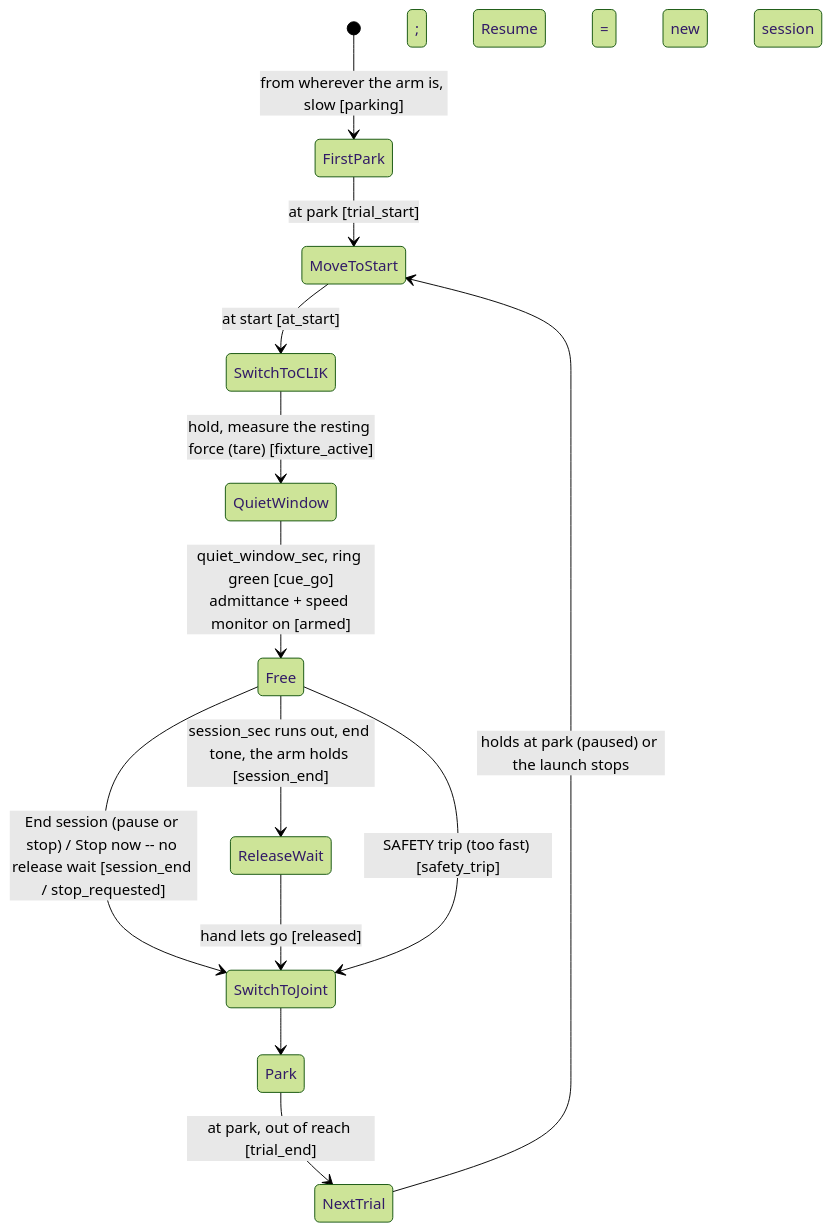
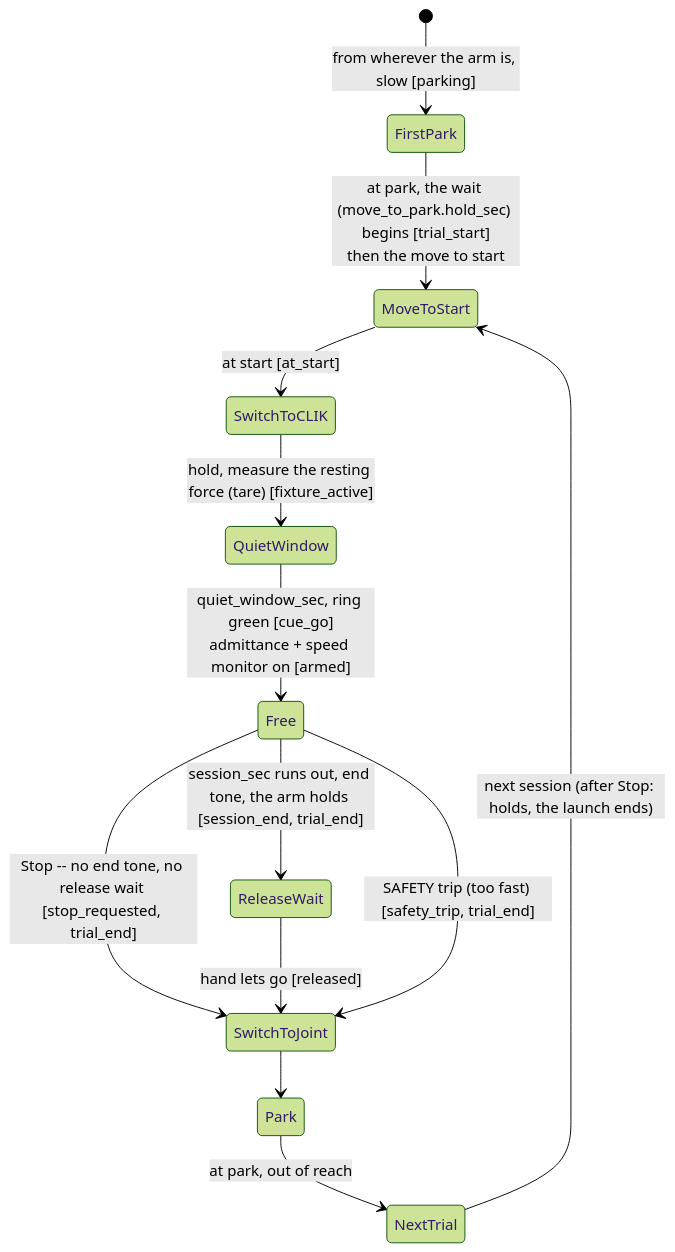
One commit to sinthlab/sinthlab-kuka-stack changed the ninth of 9 diagrams in README.md. Above: the diagram before and after it, drawn with Mermaid (forest theme). The commit also changed other lines of this file and 20 other files, not shown here.

Commit message:
change nsp sync trial start end

````diff
--- a/README.md
+++ b/README.md
@@ -2017,15 +2005,15 @@
 ```mermaid
 stateDiagram-v2
     [*] --> FirstPark : from wherever the arm is, slow [parking]
-    FirstPark --> MoveToStart : at park [trial_start]
+    FirstPark --> MoveToStart : at park, the wait (move_to_park.hold_sec) begins [trial_start]<br/>then the move to start
     MoveToStart --> SwitchToCLIK : at start [at_start]
     SwitchToCLIK --> QuietWindow : hold, measure the resting force (tare) [fixture_active]
     QuietWindow --> Free : quiet_window_sec, ring green [cue_go]<br/>admittance + speed monitor on [armed]
-    Free --> ReleaseWait : session_sec runs out, end tone, the arm holds [session_end]
-    Free --> SwitchToJoint : End session (pause or stop) / Stop now -- no release wait [session_end / stop_requested]
+    Free --> ReleaseWait : session_sec runs out, end tone, the arm holds [session_end, trial_end]
+    Free --> SwitchToJoint : Stop -- no end tone, no release wait [stop_requested, trial_end]
     ReleaseWait --> SwitchToJoint : hand lets go [released]
-    Free --> SwitchToJoint : SAFETY trip (too fast) [safety_trip]
+    Free --> SwitchToJoint : SAFETY trip (too fast) [safety_trip, trial_end]
     SwitchToJoint --> Park
-    Park --> NextTrial : at park, out of reach [trial_end]
-    NextTrial --> MoveToStart : holds at park (paused) or the launch stops; Resume = new session
+    Park --> NextTrial : at park, out of reach
+    NextTrial --> MoveToStart : next session (after Stop: holds, the launch ends)
 ```
````
